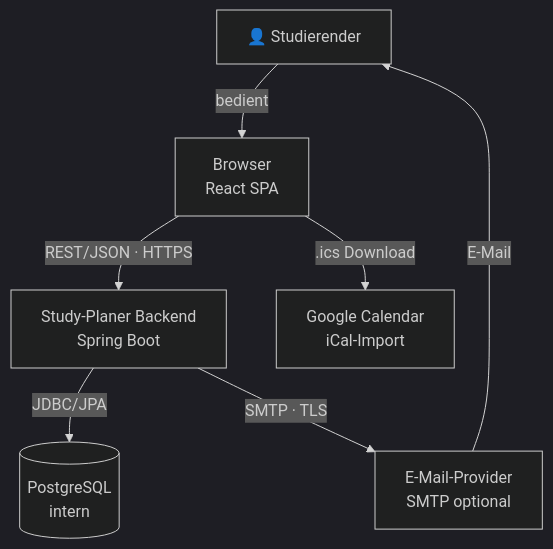
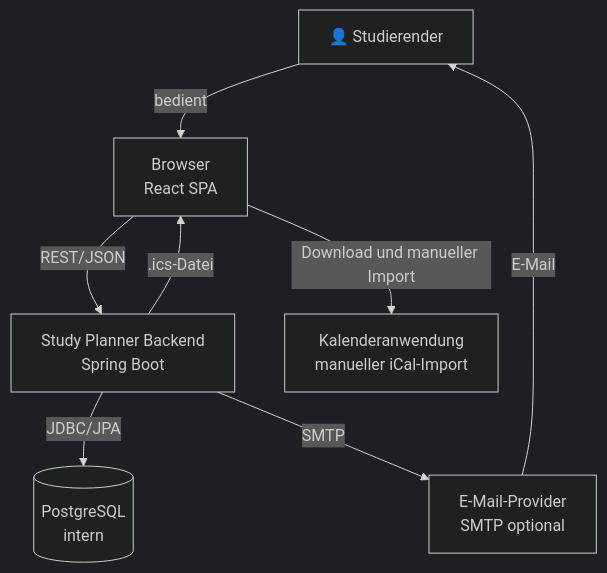
Before and after one commit to nura203/wk1106-wirtschaftsinformatik-projekt-1: the diagram in spec/P2-architekturueberblick.md, drawn with Mermaid (dark theme). The commit also changed other lines of this file and 17 other files, not shown here.

````diff
--- a/spec/P2-architekturueberblick.md
+++ b/spec/P2-architekturueberblick.md
@@ -12,16 +11,17 @@
 ```mermaid
 graph TD
     Nutzer["👤 Studierender"]
-    Browser["Browser\nReact SPA"]
-    Backend["Study-Planer Backend\nSpring Boot"]
-    DB[("PostgreSQL\nintern")]
-    SMTP["E-Mail-Provider\nSMTP optional"]
-    GoogleCal["Google Calendar\niCal-Import"]
+    Browser["Browser<br/>React SPA"]
+    Backend["Study Planner Backend<br/>Spring Boot"]
+    DB[("PostgreSQL<br/>intern")]
+    SMTP["E-Mail-Provider<br/>SMTP optional"]
+    Calendar["Kalenderanwendung<br/>manueller iCal-Import"]
 
     Nutzer -- "bedient" --> Browser
-    Browser -- "REST/JSON · HTTPS" --> Backend
+    Browser -- "REST/JSON" --> Backend
     Backend -- "JDBC/JPA" --> DB
-    Backend -- "SMTP · TLS" --> SMTP
+    Backend -- "SMTP" --> SMTP
     SMTP -- "E-Mail" --> Nutzer
-    Browser -- ".ics Download" --> GoogleCal
+    Backend -- ".ics-Datei" --> Browser
+    Browser -- "Download und manueller Import" --> Calendar
 ```
````
